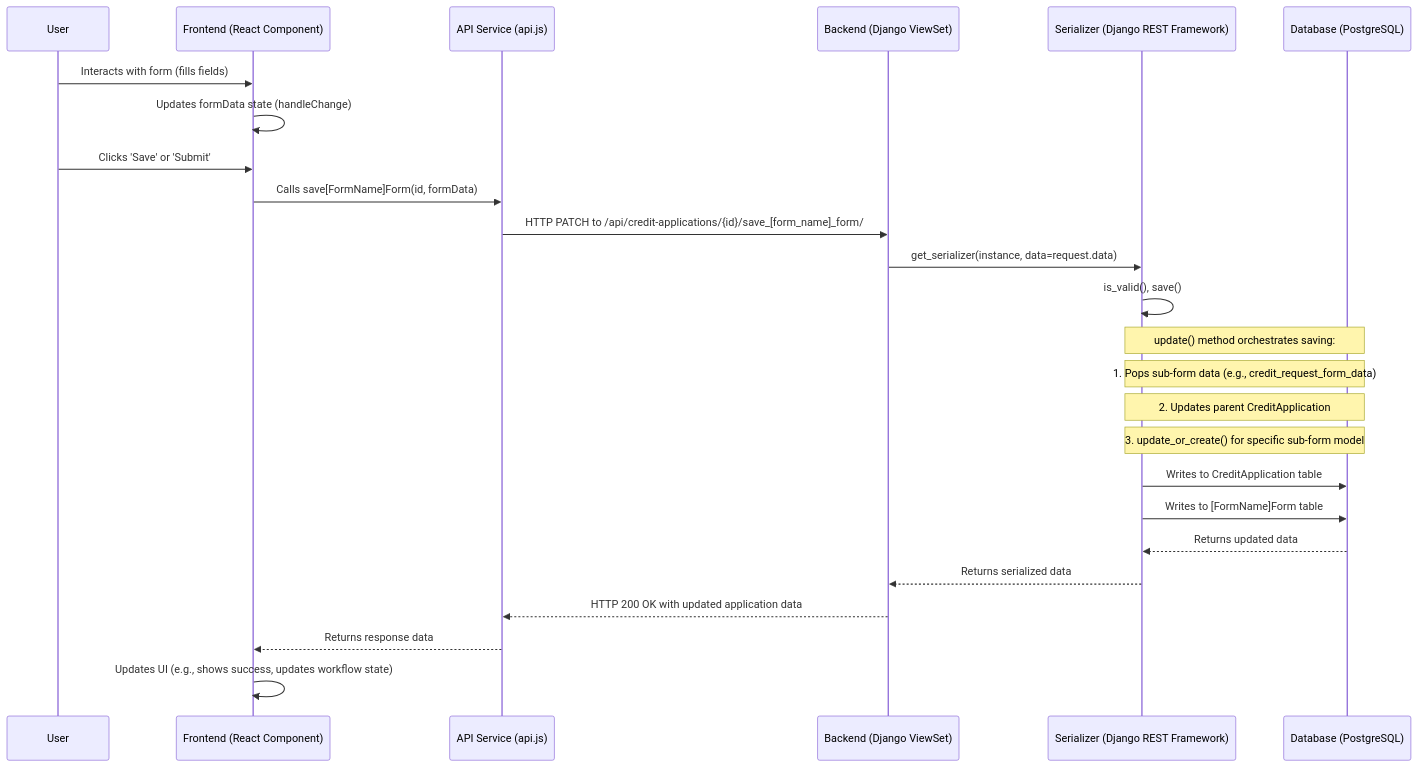
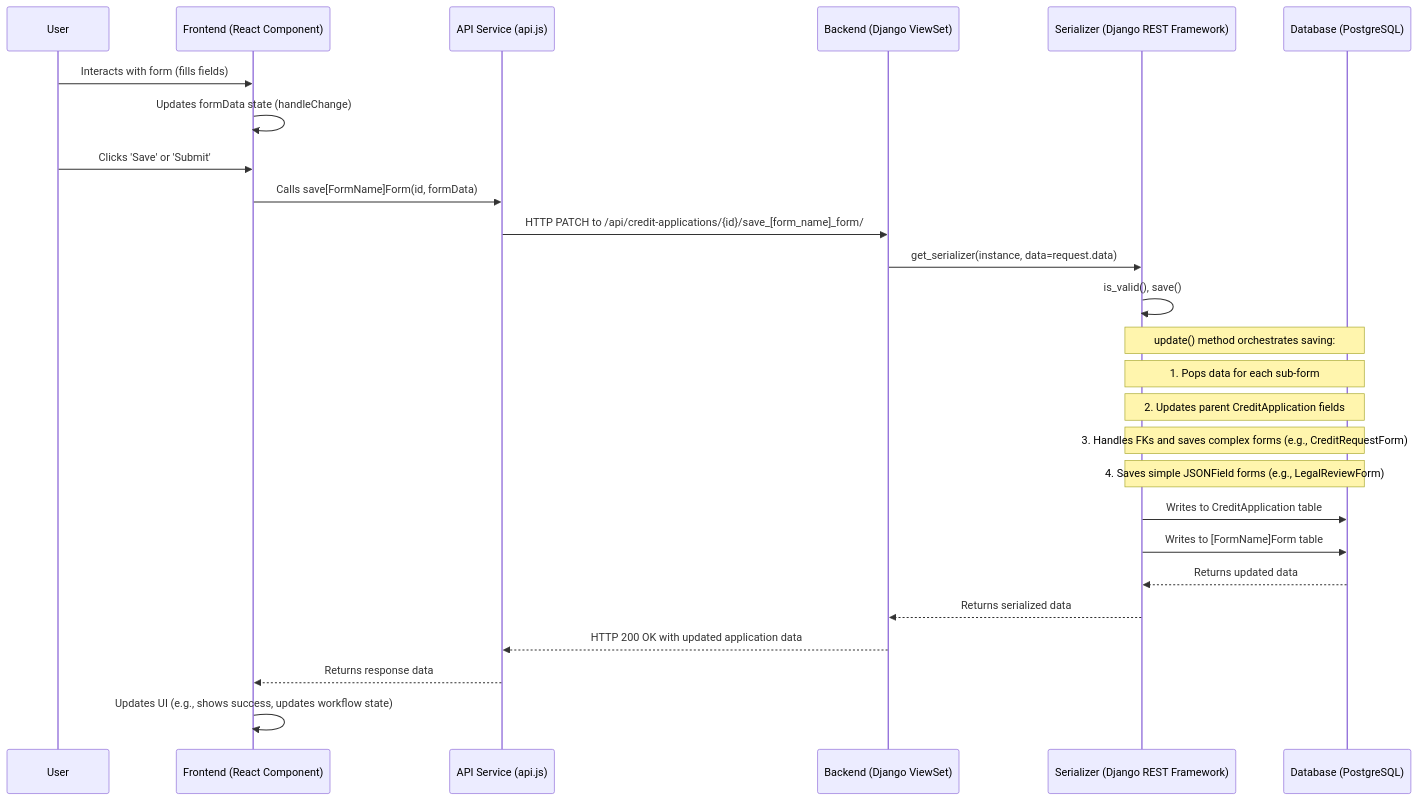
The diagram in requirements/Credit-Risk-Form-Lifecycle.md (gavraq/credit-project), drawn with Mermaid before and after one commit. The commit also changed other lines of this file and 6 other files, not shown here.

````diff
--- a/requirements/Credit-Risk-Form-Lifecycle.md
+++ b/requirements/Credit-Risk-Form-Lifecycle.md
@@ -24,28 +24,29 @@
 ```mermaid
 sequenceDiagram
     participant User
     participant Frontend (React Component)
     participant API Service (api.js)
     participant Backend (Django ViewSet)
     participant Serializer (Django REST Framework)
     participant Database (PostgreSQL)
 
     User->>Frontend (React Component): Interacts with form (fills fields)
     Frontend (React Component)->>Frontend (React Component): Updates formData state (handleChange)
     User->>Frontend (React Component): Clicks 'Save' or 'Submit'
     Frontend (React Component)->>API Service (api.js): Calls save[FormName]Form(id, formData)
     API Service (api.js)->>Backend (Django ViewSet): HTTP PATCH to /api/credit-applications/{id}/save_[form_name]_form/
     Backend (Django ViewSet)->>Serializer (Django REST Framework): get_serializer(instance, data=request.data)
     Serializer (Django REST Framework)->>Serializer (Django REST Framework): is_valid(), save()
     Note over Serializer (Django REST Framework),Database (PostgreSQL): update() method orchestrates saving:
-    Note over Serializer (Django REST Framework),Database (PostgreSQL): 1. Pops sub-form data (e.g., credit_request_form_data)
-    Note over Serializer (Django REST Framework),Database (PostgreSQL): 2. Updates parent CreditApplication
-    Note over Serializer (Django REST Framework),Database (PostgreSQL): 3. update_or_create() for specific sub-form model
+    Note over Serializer (Django REST Framework),Database (PostgreSQL): 1. Pops data for each sub-form
+    Note over Serializer (Django REST Framework),Database (PostgreSQL): 2. Updates parent CreditApplication fields
+    Note over Serializer (Django REST Framework),Database (PostgreSQL): 3. Handles FKs and saves complex forms (e.g., CreditRequestForm)
+    Note over Serializer (Django REST Framework),Database (PostgreSQL): 4. Saves simple JSONField forms (e.g., LegalReviewForm)
     Serializer (Django REST Framework)->>Database (PostgreSQL): Writes to CreditApplication table
     Serializer (Django REST Framework)->>Database (PostgreSQL): Writes to [FormName]Form table
     Database (PostgreSQL)-->>Serializer (Django REST Framework): Returns updated data
     Serializer (Django REST Framework)-->>Backend (Django ViewSet): Returns serialized data
     Backend (Django ViewSet)-->>API Service (api.js): HTTP 200 OK with updated application data
     API Service (api.js)-->>Frontend (React Component): Returns response data
     Frontend (React Component)->>Frontend (React Component): Updates UI (e.g., shows success, updates workflow state)
 ```
````
